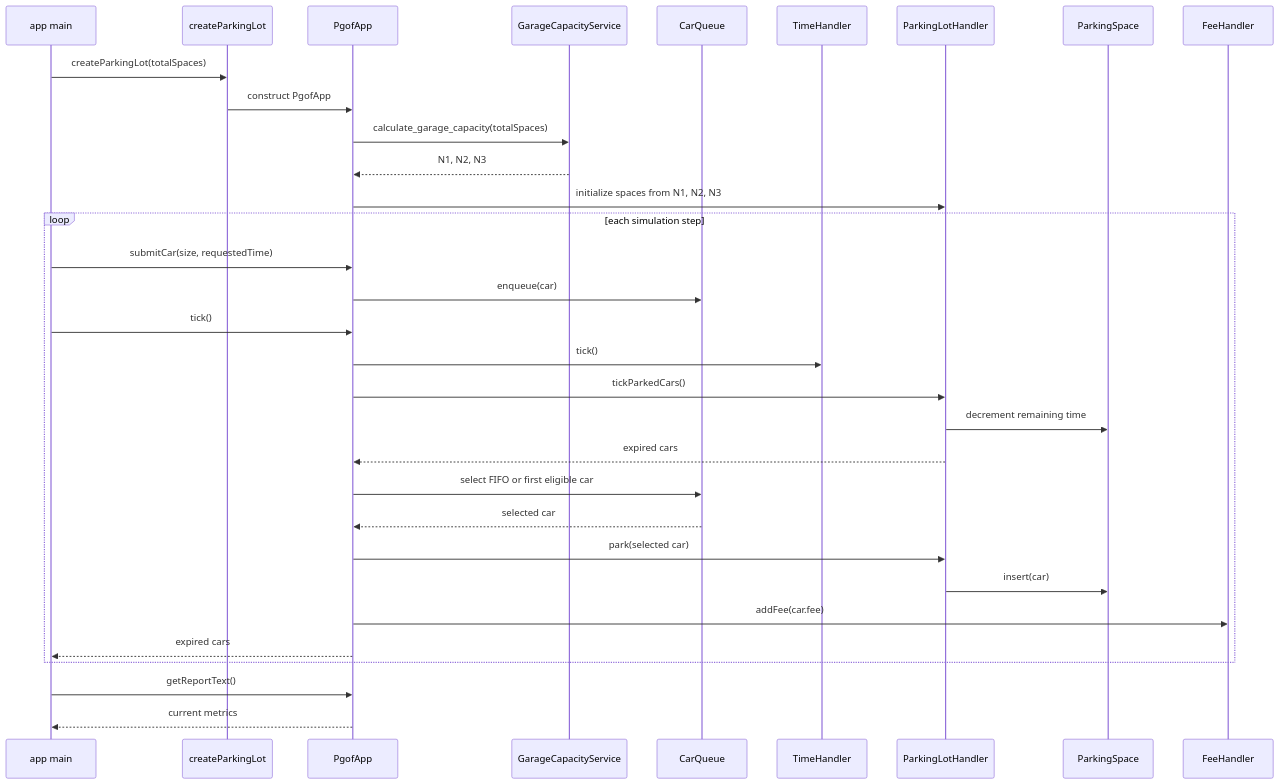
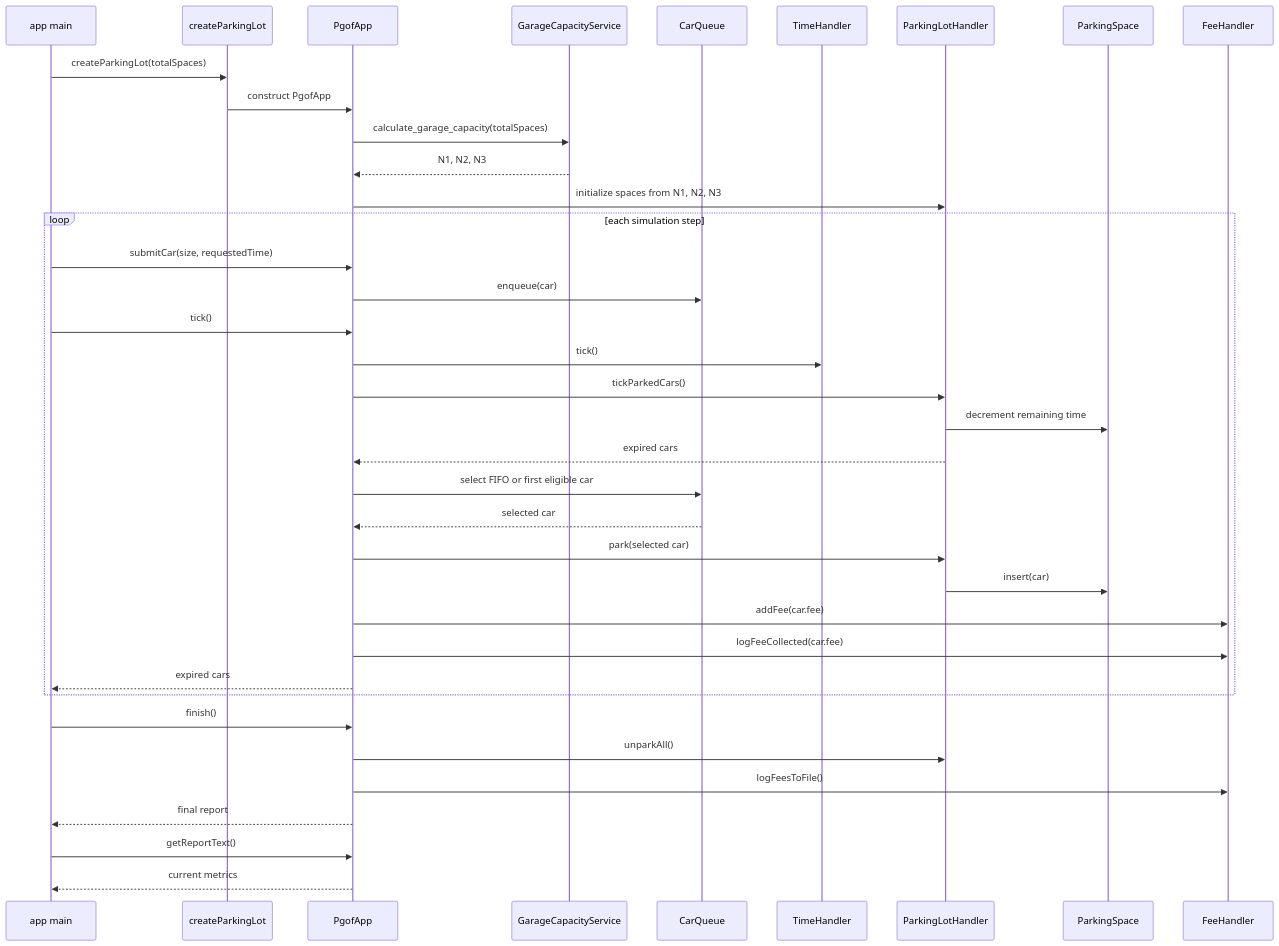
Before and after one commit to sanleches/PGOF: the second of 2 diagrams in design.md, drawn with Mermaid. The commit also changed other lines of this file and 8 other files, not shown here.

Commit message:
Enhance parking application: implement finish method for unparked cars, log final totals, and update report structure

````diff
--- a/design.md
+++ b/design.md
@@ -212,39 +241,45 @@
 ```mermaid
 sequenceDiagram
     participant Main as app main
     participant Factory as createParkingLot
     participant App as PgofApp
     participant Capacity as GarageCapacityService
     participant Queue as CarQueue
     participant Time as TimeHandler
     participant Lot as ParkingLotHandler
     participant Space as ParkingSpace
     participant Fees as FeeHandler
 
     Main->>Factory: createParkingLot(totalSpaces)
     Factory->>App: construct PgofApp
     App->>Capacity: calculate_garage_capacity(totalSpaces)
     Capacity-->>App: N1, N2, N3
     App->>Lot: initialize spaces from N1, N2, N3
 
     loop each simulation step
         Main->>App: submitCar(size, requestedTime)
         App->>Queue: enqueue(car)
 
         Main->>App: tick()
         App->>Time: tick()
         App->>Lot: tickParkedCars()
         Lot->>Space: decrement remaining time
         Lot-->>App: expired cars
 
         App->>Queue: select FIFO or first eligible car
         Queue-->>App: selected car
         App->>Lot: park(selected car)
         Lot->>Space: insert(car)
         App->>Fees: addFee(car.fee)
+        App->>Fees: logFeeCollected(car.fee)
         App-->>Main: expired cars
     end
+
+    Main->>App: finish()
+    App->>Lot: unparkAll()
+    App->>Fees: logFeesToFile()
+    App-->>Main: final report
 
     Main->>App: getReportText()
     App-->>Main: current metrics
 ```
````
